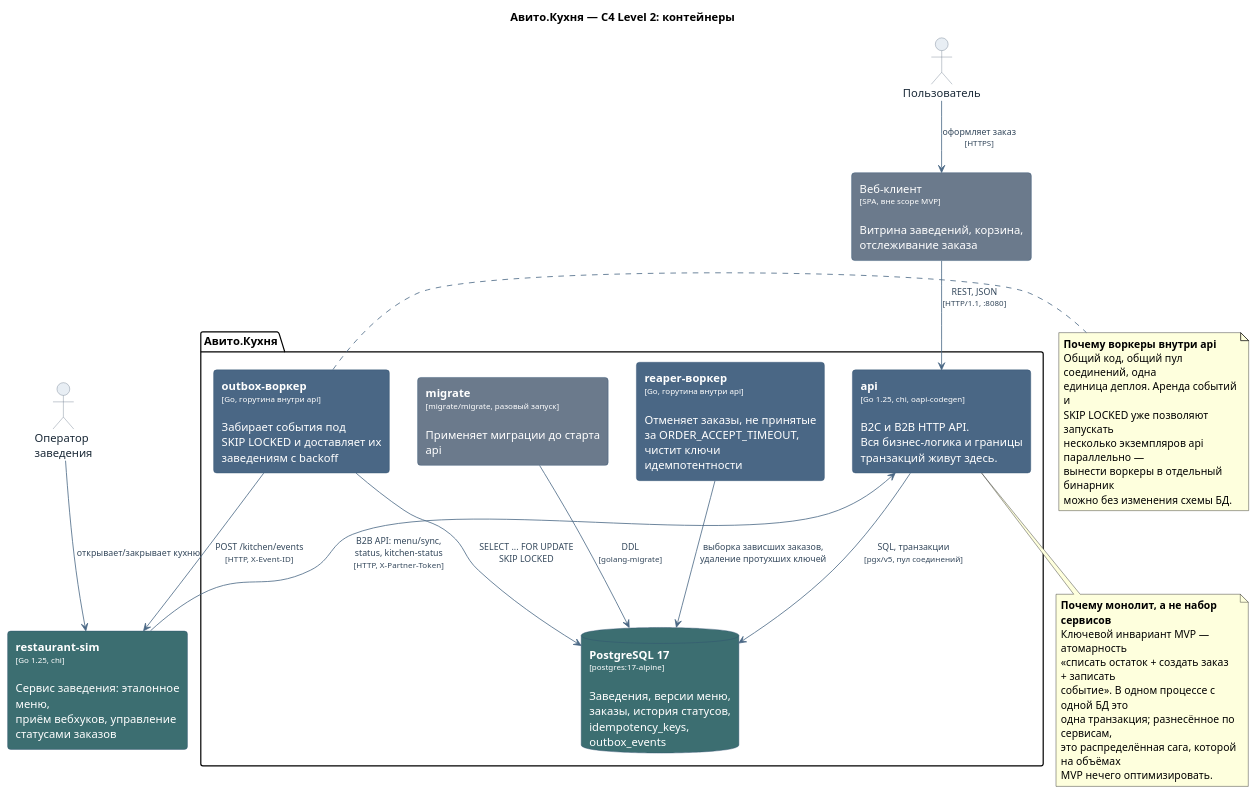
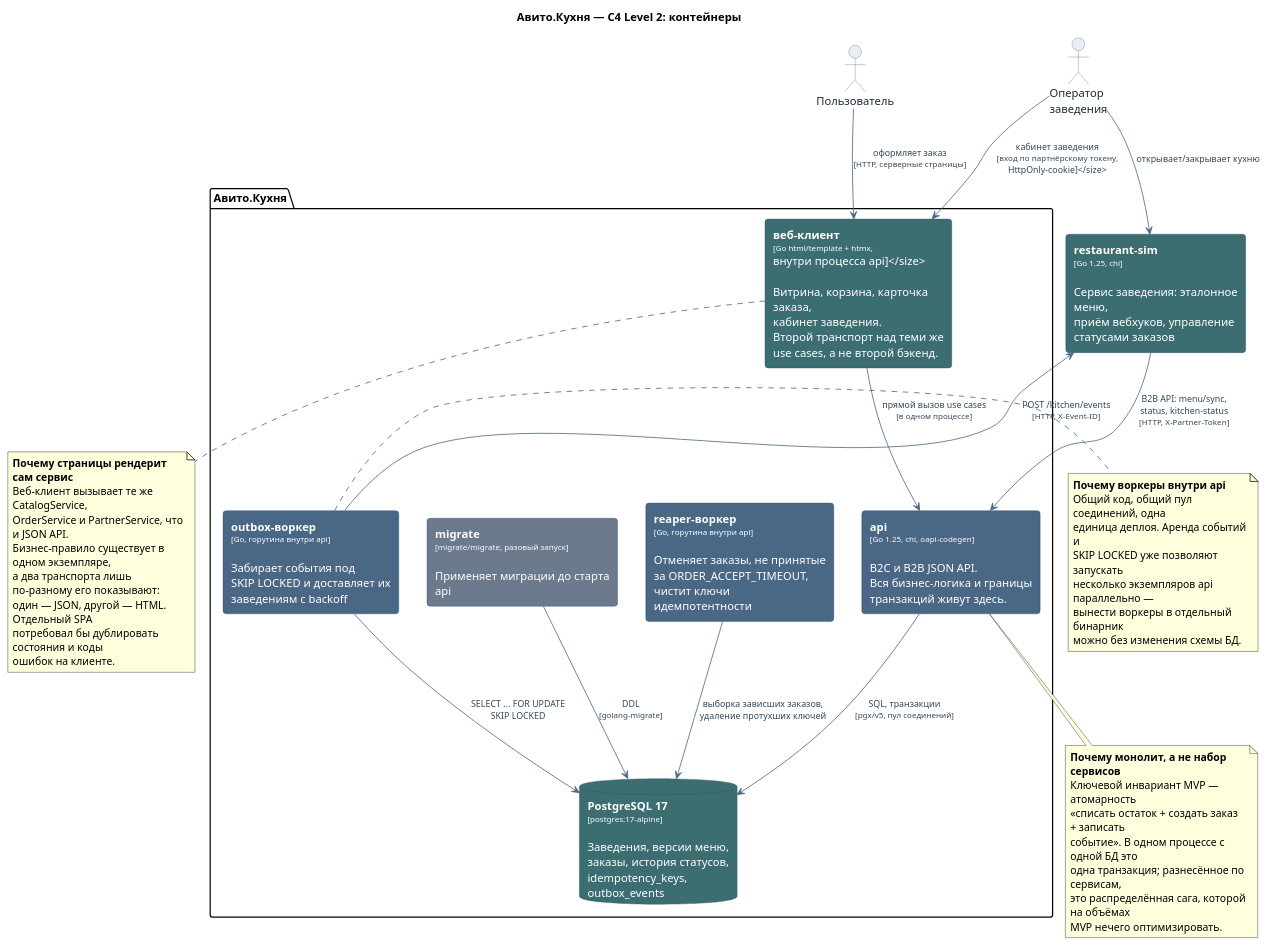
One commit to Cuga77/food-delivery-platform changed the diagram in docs/diagrams/c4_container.puml. Above: the diagram before and after it, drawn with PlantUML. The commit also changed 34 other files, not shown here.

First line of the commit message:
Веб-клиент: рабочие страницы, закрытый кабинет заведения, тесты

```diff
--- a/docs/diagrams/c4_container.puml
+++ b/docs/diagrams/c4_container.puml
@@ -1,90 +1,102 @@
 @startuml c4_container
 ' C4 Level 2 — контейнеры системы Авито.Кухня.
 '
 ' Стили C4 заданы прямо здесь, без !include с внешних адресов: диаграмма
 ' должна рендериться в офлайне и в CI, где выхода в интернет может не быть.
 '
 ' Рендер: make diagrams
 
 skinparam backgroundColor #FFFFFF
 skinparam shadowing false
 skinparam defaultFontName "Helvetica"
 skinparam wrapWidth 220
 skinparam ArrowColor #4A6785
 skinparam ArrowFontColor #33475B
 skinparam ArrowFontSize 11
 
 skinparam rectangle {
   BorderColor #2F4F6F
   FontColor #FFFFFF
   BackgroundColor #4A6785
   RoundCorner 8
 }
 
 skinparam database {
   BorderColor #2F4F6F
   FontColor #FFFFFF
   BackgroundColor #3C6E71
 }
 
 skinparam actor {
   BorderColor #6B7A8C
   BackgroundColor #E8EEF4
   FontColor #1B2A38
 }
 
 title Авито.Кухня — C4 Level 2: контейнеры
 
 actor "Пользователь" as user
 actor "Оператор\nзаведения" as operator
 
-rectangle "Веб-клиент\n<size:10>[SPA, вне scope MVP]</size>\n\nВитрина заведений, корзина,\nотслеживание заказа" as web #6B7A8C
-
 package "Авито.Кухня" {
 
-  rectangle "**api**\n<size:10>[Go 1.25, chi, oapi-codegen]</size>\n\nB2C и B2B HTTP API.\nВся бизнес-логика и границы\nтранзакций живут здесь." as api
+  rectangle "**api**\n<size:10>[Go 1.25, chi, oapi-codegen]</size>\n\nB2C и B2B JSON API.\nВся бизнес-логика и границы\nтранзакций живут здесь." as api
+
+  rectangle "**веб-клиент**\n<size:10>[Go html/template + htmx,\nвнутри процесса api]</size>\n\nВитрина, корзина, карточка заказа,\nкабинет заведения.\nВторой транспорт над теми же\nuse cases, а не второй бэкенд." as web #3C6E71
 
   rectangle "**outbox-воркер**\n<size:10>[Go, горутина внутри api]</size>\n\nЗабирает события под\nSKIP LOCKED и доставляет их\nзаведениям с backoff" as outbox
 
   rectangle "**reaper-воркер**\n<size:10>[Go, горутина внутри api]</size>\n\nОтменяет заказы, не принятые\nза ORDER_ACCEPT_TIMEOUT,\nчистит ключи идемпотентности" as reaper
 
   database "**PostgreSQL 17**\n<size:10>[postgres:17-alpine]</size>\n\nЗаведения, версии меню,\nзаказы, история статусов,\nidempotency_keys, outbox_events" as db
 
   rectangle "**migrate**\n<size:10>[migrate/migrate, разовый запуск]</size>\n\nПрименяет миграции до старта api" as migrate #6B7A8C
 }
 
 rectangle "**restaurant-sim**\n<size:10>[Go 1.25, chi]</size>\n\nСервис заведения: эталонное меню,\nприём вебхуков, управление\nстатусами заказов" as sim #3C6E71
 
-user --> web : оформляет заказ\n<size:10>[HTTPS]</size>
-web --> api : REST, JSON\n<size:10>[HTTP/1.1, :8080]</size>
+user --> web : оформляет заказ\n<size:10>[HTTP, серверные страницы]</size>
+web --> api : прямой вызов use cases\n<size:10>[в одном процессе]</size>
 
+operator --> web : кабинет заведения\n<size:10>[вход по партнёрскому токену,\nHttpOnly-cookie]</size>
 operator --> sim : открывает/закрывает кухню
 sim --> api : B2B API: menu/sync,\nstatus, kitchen-status\n<size:10>[HTTP, X-Partner-Token]</size>
 outbox --> sim : POST /kitchen/events\n<size:10>[HTTP, X-Event-ID]</size>
 
 api --> db : SQL, транзакции\n<size:10>[pgx/v5, пул соединений]</size>
 outbox --> db : SELECT ... FOR UPDATE\nSKIP LOCKED
 reaper --> db : выборка зависших заказов,\nудаление протухших ключей
 migrate --> db : DDL\n<size:10>[golang-migrate]</size>
+
+note bottom of web
+  <b>Почему страницы рендерит сам сервис</b>
+  Веб-клиент вызывает те же CatalogService,
+  OrderService и PartnerService, что и JSON API.
+  Бизнес-правило существует в одном экземпляре,
+  а два транспорта лишь по-разному его показывают:
+  один — JSON, другой — HTML. Отдельный SPA
+  потребовал бы дублировать состояния и коды
+  ошибок на клиенте.
+end note
 
 note bottom of api
   <b>Почему монолит, а не набор сервисов</b>
   Ключевой инвариант MVP — атомарность
   «списать остаток + создать заказ + записать
   событие». В одном процессе с одной БД это
   одна транзакция; разнесённое по сервисам,
   это распределённая сага, которой на объёмах
   MVP нечего оптимизировать.
 end note
 
 note right of outbox
   <b>Почему воркеры внутри api</b>
   Общий код, общий пул соединений, одна
   единица деплоя. Аренда событий и
   SKIP LOCKED уже позволяют запускать
   несколько экземпляров api параллельно —
   вынести воркеры в отдельный бинарник
   можно без изменения схемы БД.
 end note
 
 @enduml
```
